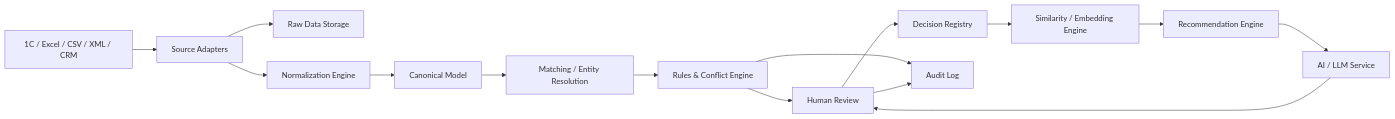
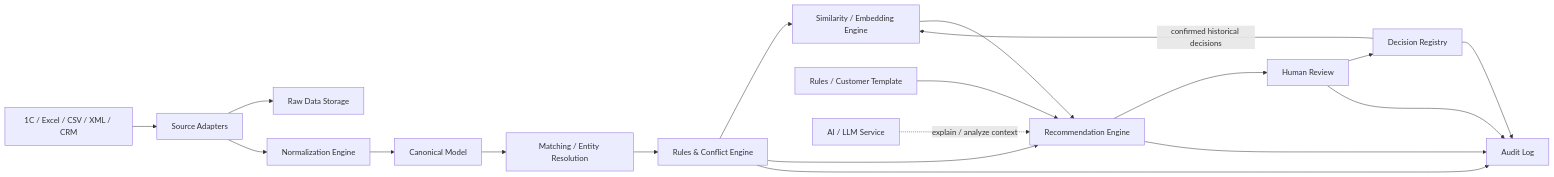
Before and after one commit to SergeyRassohin/Forest-Keeper: the first of 2 diagrams in docs/architecture/architecture-v0.2.md, drawn with Mermaid.

Commit message:
Fix recommendation and human review flow in architecture v0.2

````diff
--- a/docs/architecture/architecture-v0.2.md
+++ b/docs/architecture/architecture-v0.2.md
@@ -81,17 +81,24 @@
 ```mermaid
 flowchart LR
     EXT[1C / Excel / CSV / XML / CRM] --> AD[Source Adapters]
     AD --> RAW[Raw Data Storage]
     AD --> NORM[Normalization Engine]
     NORM --> CAN[Canonical Model]
     CAN --> MATCH[Matching / Entity Resolution]
     MATCH --> CONFLICT[Rules & Conflict Engine]
-    CONFLICT --> REVIEW[Human Review]
-    REVIEW --> DEC[Decision Registry]
-    DEC --> SIM[Similarity / Embedding Engine]
+
+    CONFLICT --> SIM[Similarity / Embedding Engine]
+    DEC[Decision Registry] -->|confirmed historical decisions| SIM
     SIM --> REC[Recommendation Engine]
-    REC --> AI[AI / LLM Service]
-    AI --> REVIEW
+    CONFLICT --> REC
+    RULES[Rules / Customer Template] --> REC
+    AI[AI / LLM Service] -. explain / analyze context .-> REC
+
+    REC --> REVIEW[Human Review]
+    REVIEW --> DEC
+
     CONFLICT --> AUDIT[Audit Log]
+    REC --> AUDIT
     REVIEW --> AUDIT
+    DEC --> AUDIT
 ```
````
